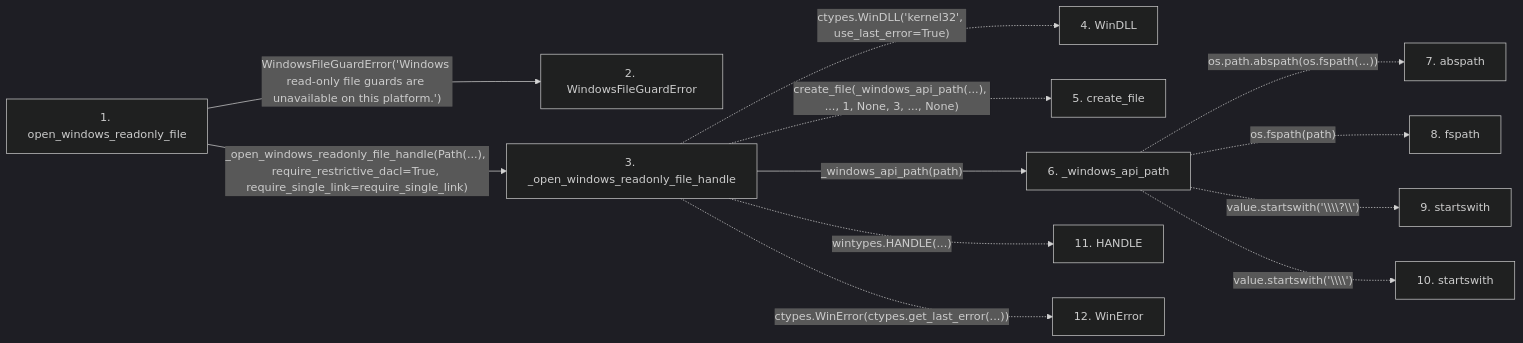
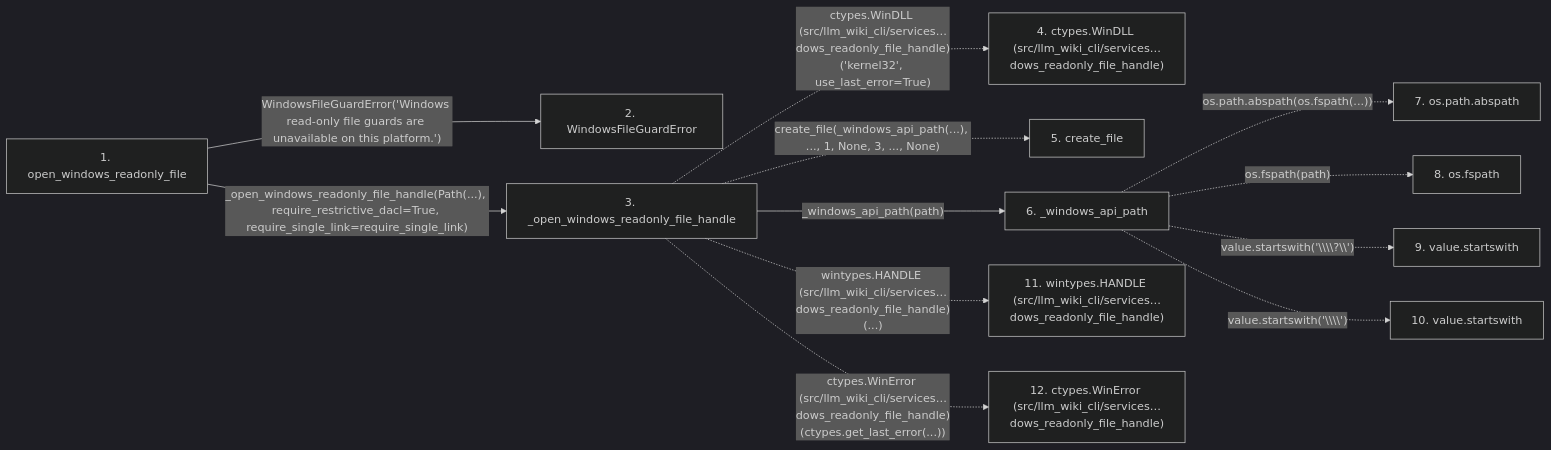
Before and after one commit to Denissvgn/python-wiki-llm: the second of 2 diagrams in docs/llm_wiki/flows/api-open_windows_readonly_file.md, drawn with Mermaid (dark theme). The commit also changed other lines of this file and 719 other files, not shown here.

````diff
--- a/docs/llm_wiki/flows/api-open_windows_readonly_file.md
+++ b/docs/llm_wiki/flows/api-open_windows_readonly_file.md
@@ -67,30 +68,30 @@
 ```mermaid
 flowchart LR
     s1["1. open_windows_readonly_file"]
     s2["2. WindowsFileGuardError"]
     s3["3. _open_windows_readonly_file_handle"]
-    s4["4. WinDLL"]
+    s4["4. ctypes.WinDLL (src/llm_wiki_cli/services…dows_readonly_file_handle)"]
     s5["5. create_file"]
     s6["6. _windows_api_path"]
-    s7["7. abspath"]
-    s8["8. fspath"]
-    s9["9. startswith"]
-    s10["10. startswith"]
-    s11["11. HANDLE"]
-    s12["12. WinError"]
+    s7["7. os.path.abspath"]
+    s8["8. os.fspath"]
+    s9["9. value.startswith"]
+    s10["10. value.startswith"]
+    s11["11. wintypes.HANDLE (src/llm_wiki_cli/services…dows_readonly_file_handle)"]
+    s12["12. ctypes.WinError (src/llm_wiki_cli/services…dows_readonly_file_handle)"]
     s1 -->|"WindowsFileGuardError('Windows read-only file guards are unavailable on this platform.')"| s2
     s1 -->|"_open_windows_readonly_file_handle(Path(...), require_restrictive_dacl=True, require_single_link=require_single_link)"| s3
-    s3 -. "ctypes.WinDLL('kernel32', use_last_error=True)" .-> s4
+    s3 -. "ctypes.WinDLL (src/llm_wiki_cli/services…dows_readonly_file_handle)('kernel32', use_last_error=True)" .-> s4
     s3 -. "create_file(_windows_api_path(...), ..., 1, None, 3, ..., None)" .-> s5
     s3 -->|"_windows_api_path(path)"| s6
     s6 -. "os.path.abspath(os.fspath(...))" .-> s7
     s6 -. "os.fspath(path)" .-> s8
     s6 -. "value.startswith('\\\\?\\')" .-> s9
     s6 -. "value.startswith('\\\\')" .-> s10
-    s3 -. "wintypes.HANDLE(...)" .-> s11
-    s3 -. "ctypes.WinError(ctypes.get_last_error(...))" .-> s12
+    s3 -. "wintypes.HANDLE (src/llm_wiki_cli/services…dows_readonly_file_handle)(...)" .-> s11
+    s3 -. "ctypes.WinError (src/llm_wiki_cli/services…dows_readonly_file_handle)(ctypes.get_last_error(...))" .-> s12
     click s1 "../modules/filesystem_guard.md"
     click s2 "../modules/filesystem_guard.md"
     click s3 "../modules/filesystem_guard.md"
     click s6 "../modules/filesystem_guard.md"
 ```
````
